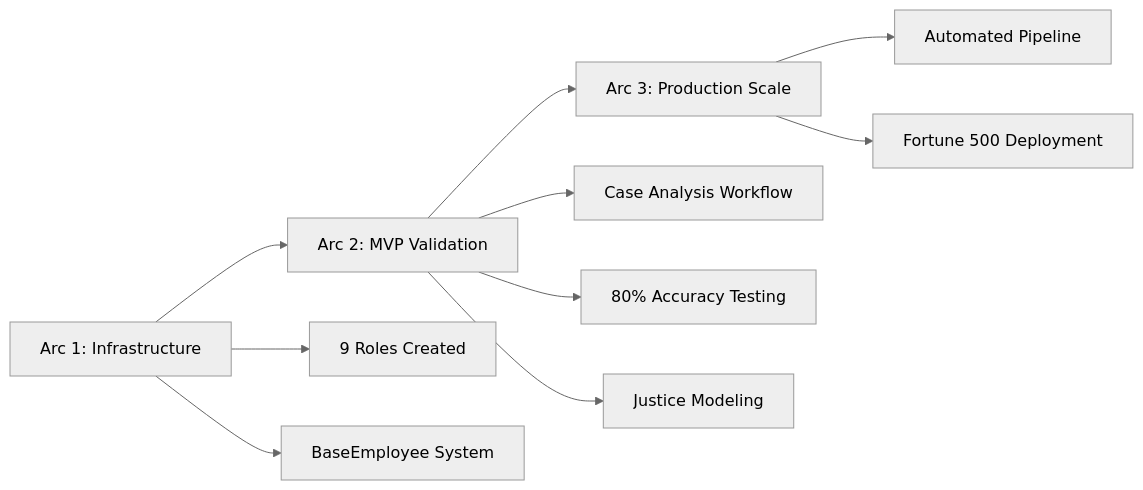
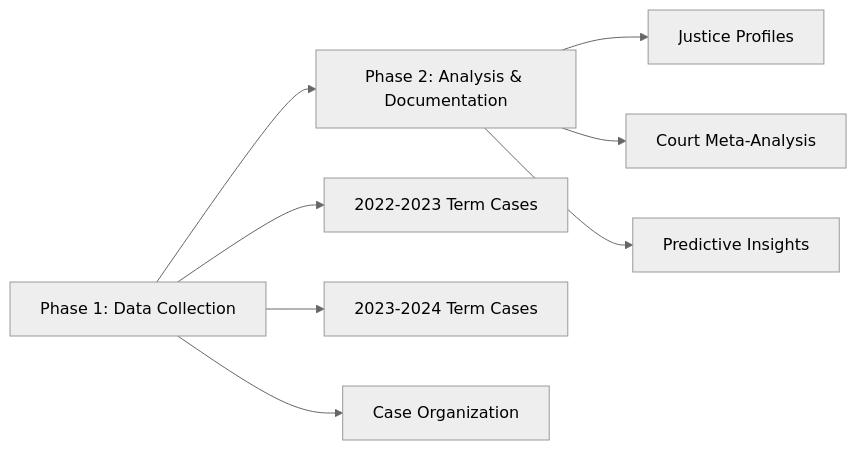
One commit to pnwfitz/ClaudeScotus changed the first of 2 diagrams in README.md. Above: the diagram before and after it, drawn with Mermaid (neutral theme). The commit also changed other lines of this file, not shown here.

First line of the commit message:
Update README.md to reflect new simplified architecture

````diff
--- a/README.md
+++ b/README.md
@@ -52,15 +51,12 @@
 ```mermaid
 flowchart LR
-    A[Arc 1: Infrastructure] --> B[Arc 2: MVP Validation]
-    B --> C[Arc 3: Production Scale]
+    A[Phase 1: Data Collection] --> B[Phase 2: Analysis & Documentation]
     
-    A --> A1[9 Roles Created]
-    A --> A2[BaseEmployee System]
+    A --> A1[2022-2023 Term Cases]
+    A --> A2[2023-2024 Term Cases]
+    A --> A3[Case Organization]
     
-    B --> B1[Case Analysis Workflow]
-    B --> B2[80% Accuracy Testing]
-    B --> B3[Justice Modeling]
-    
-    C --> C1[Automated Pipeline]
-    C --> C2[Fortune 500 Deployment]
+    B --> B1[Justice Profiles]
+    B --> B2[Court Meta-Analysis]
+    B --> B3[Predictive Insights]
 ```
````
